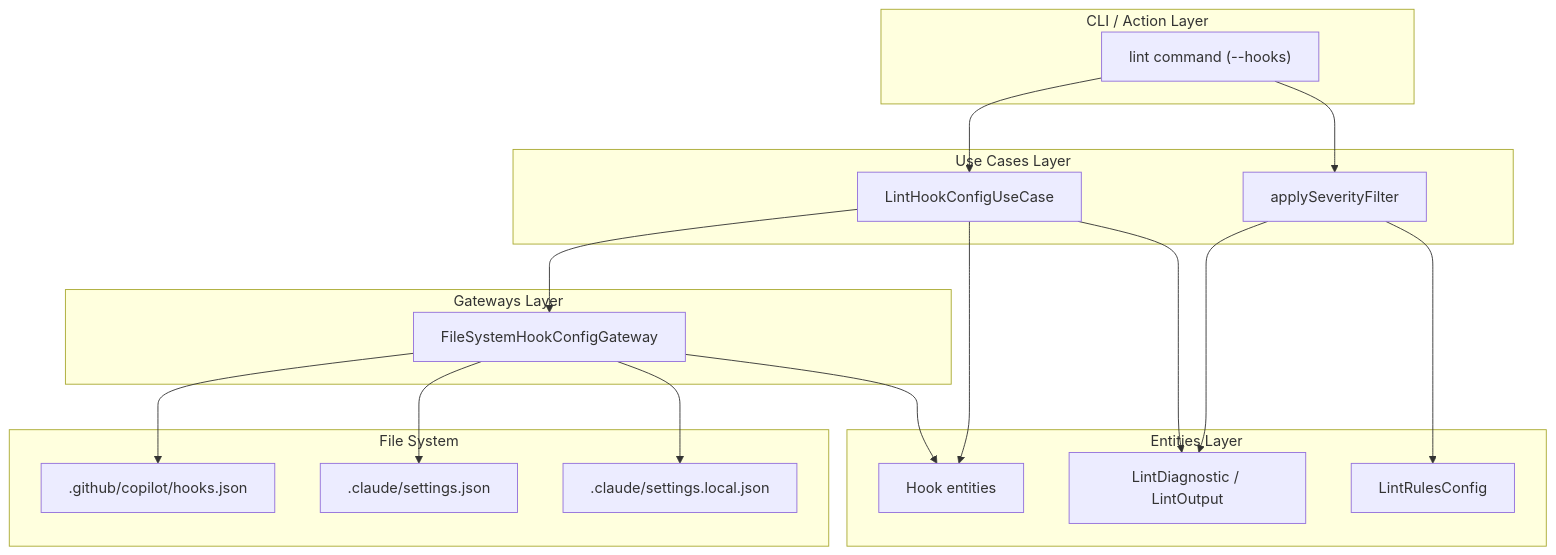
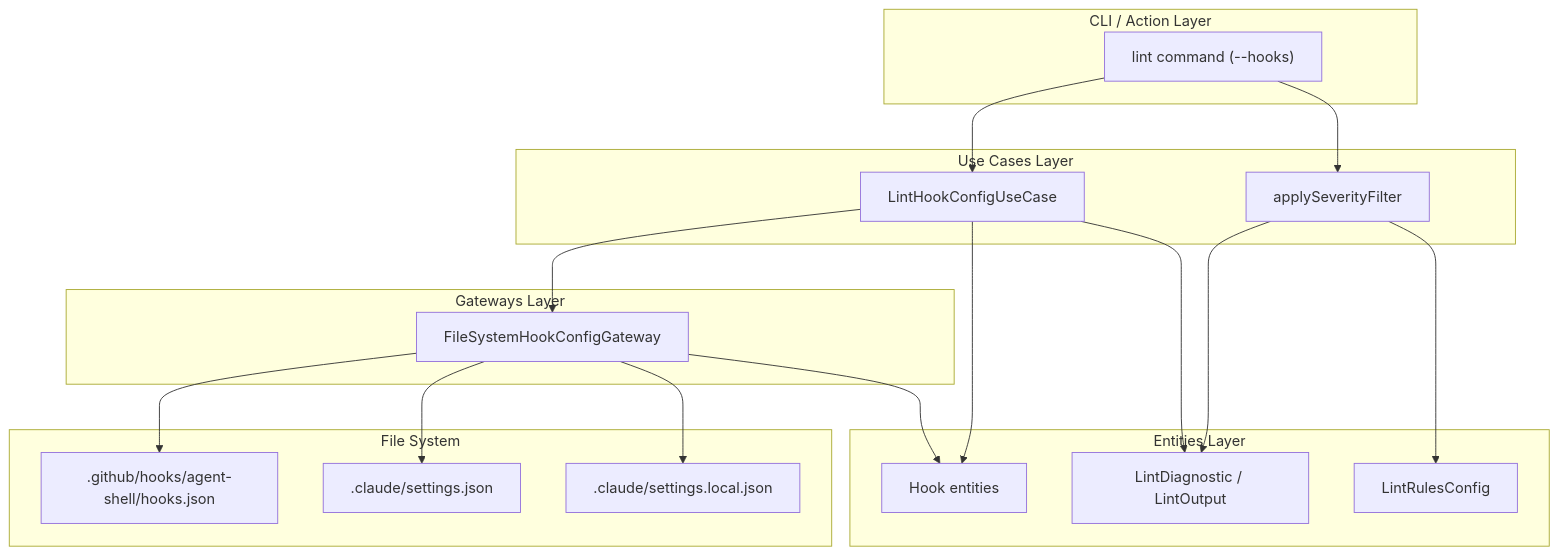
One commit to zpratt/lousy-agents changed the first of 2 diagrams in .github/specs/lint-hook-config.spec.md. Above: the diagram before and after it, drawn with Mermaid. The commit also changed other lines of this file and 12 other files, not shown here.

First line of the commit message:
fix: write hooks.json to .github/hooks/agent-shell/ instead of .github/copilot/

````diff
--- a/.github/specs/lint-hook-config.spec.md
+++ b/.github/specs/lint-hook-config.spec.md
@@ -140,35 +140,35 @@
 ```mermaid
 flowchart TB
     subgraph CLI["CLI / Action Layer"]
         CMD["lint command (--hooks)"]
     end
     subgraph UseCases["Use Cases Layer"]
         UC["LintHookConfigUseCase"]
         SF["applySeverityFilter"]
     end
     subgraph Gateways["Gateways Layer"]
         GW["FileSystemHookConfigGateway"]
     end
     subgraph Entities["Entities Layer"]
         HE["Hook entities"]
         LE["LintDiagnostic / LintOutput"]
         LR["LintRulesConfig"]
     end
     subgraph FileSystem["File System"]
-        CF[".github/copilot/hooks.json"]
+        CF[".github/hooks/agent-shell/hooks.json"]
         CS[".claude/settings.json"]
         CL[".claude/settings.local.json"]
     end
 
     CMD --> UC
     UC --> GW
     GW --> CF
     GW --> CS
     GW --> CL
     GW --> HE
     UC --> HE
     UC --> LE
     CMD --> SF
     SF --> LR
     SF --> LE
 ```
````
